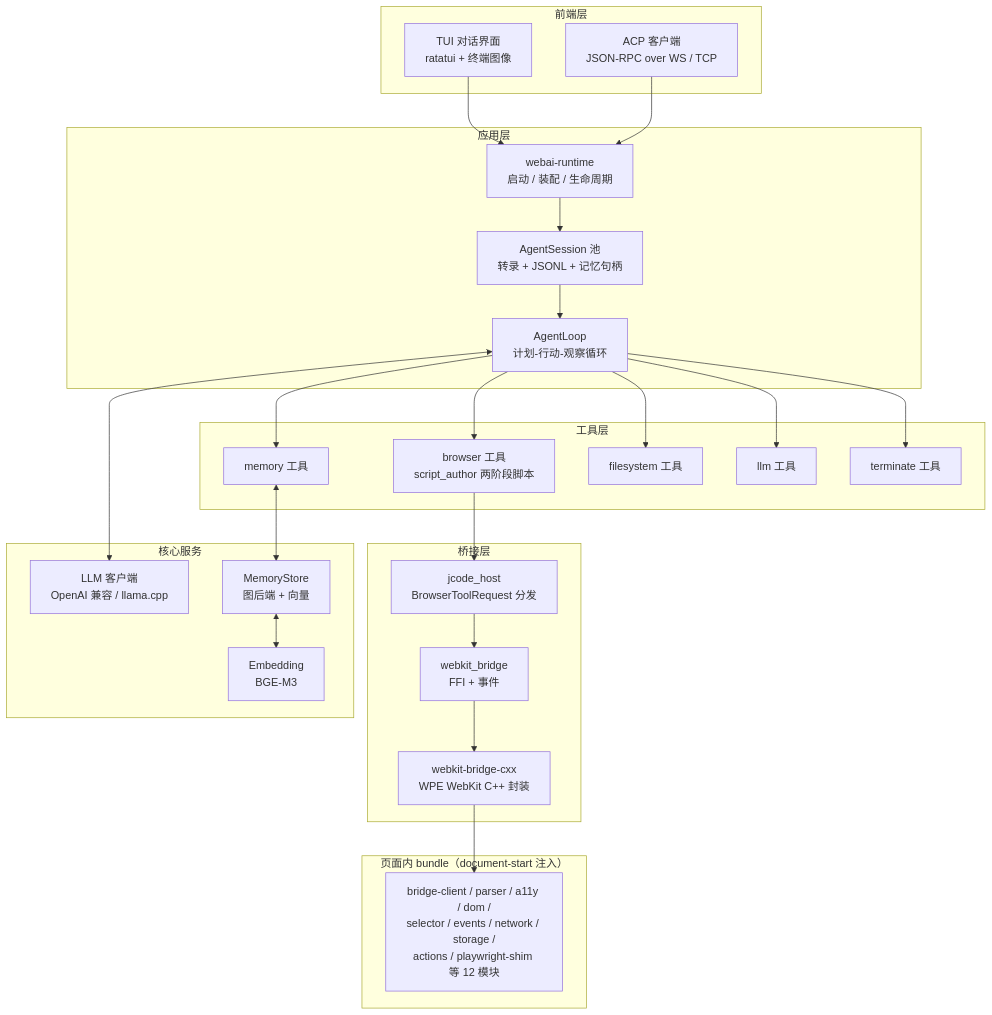
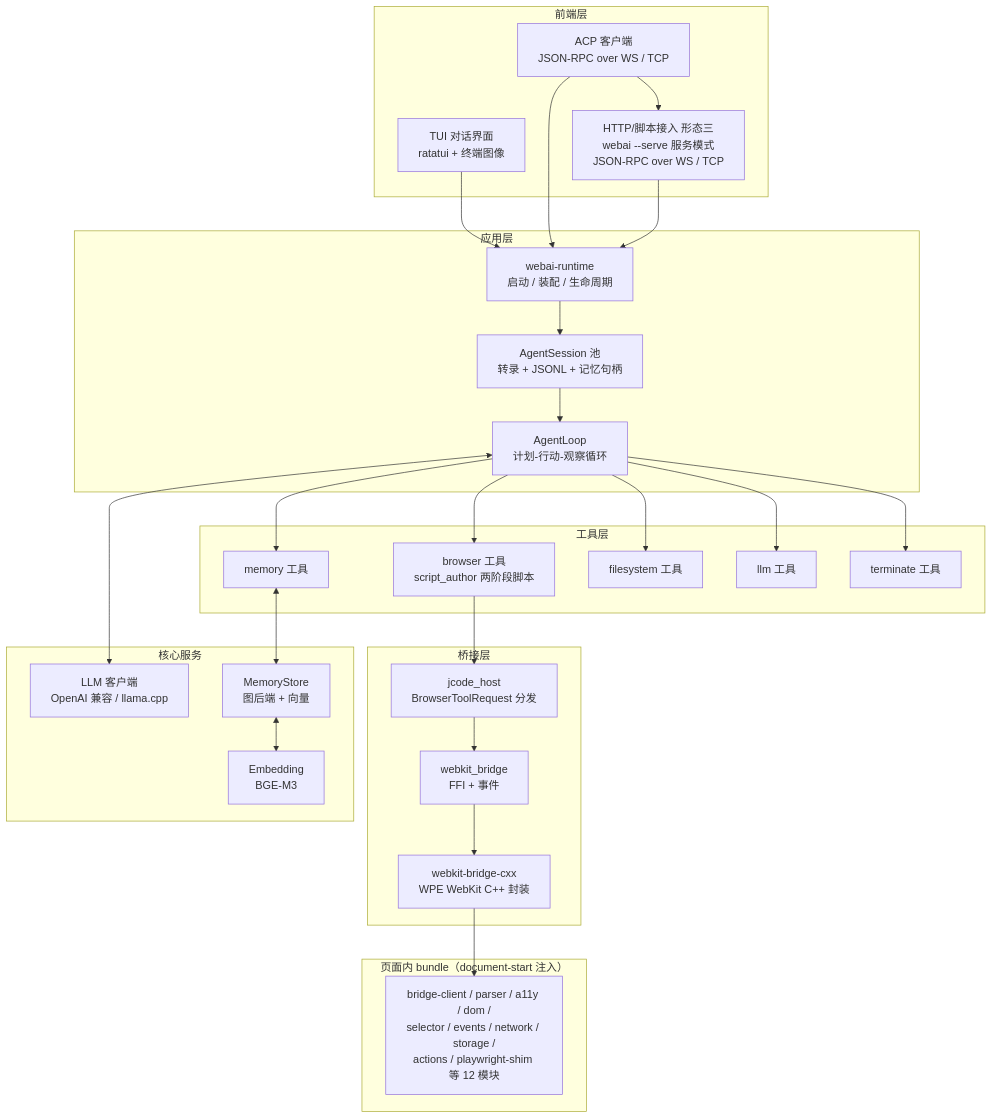
One commit to orlfly/webai changed the first of 2 diagrams in docs/architecture/ARCHITECTURE.md. Above: the diagram before and after it, drawn with Mermaid. The commit also changed other lines of this file, not shown here.

Commit message:
docs: 修订 ARCHITECTURE §1-2 对齐评审 M-1/m-1/m-2（三形态命名统一、13 动词表引用 §4.1、依赖方向消歧）

````diff
--- a/docs/architecture/ARCHITECTURE.md
+++ b/docs/architecture/ARCHITECTURE.md
@@ -60,44 +64,47 @@
 ```mermaid
 flowchart TB
   subgraph FE[前端层]
     TUI[TUI 对话界面<br/>ratatui + 终端图像]
     ACP[ACP 客户端<br/>JSON-RPC over WS / TCP]
+    SVC[HTTP/脚本接入 形态三<br/>webai --serve 服务模式<br/>JSON-RPC over WS / TCP]
   end
+  ACP --> SVC
   subgraph APP[应用层]
     RT[webai-runtime<br/>启动 / 装配 / 生命周期]
     SS[AgentSession 池<br/>转录 + JSONL + 记忆句柄]
     LOOP[AgentLoop<br/>计划-行动-观察循环]
   end
   subgraph TOOLS[工具层]
     BT[browser 工具<br/>script_author 两阶段脚本]
     MT[memory 工具]
     FT[filesystem 工具]
     LBT[llm 工具]
     TT[terminate 工具]
   end
   subgraph BRIDGE[桥接层]
     JH[jcode_host<br/>BrowserToolRequest 分发]
     WB[webkit_bridge<br/>FFI + 事件]
     CX[webkit-bridge-cxx<br/>WPE WebKit C++ 封装]
   end
   subgraph CORE[核心服务]
     LLM[LLM 客户端<br/>OpenAI 兼容 / llama.cpp]
     MEM[MemoryStore<br/>图后端 + 向量]
     EMB[Embedding<br/>BGE-M3]
   end
   subgraph PAGE[页面内 bundle（document-start 注入）]
     BND[bridge-client / parser / a11y / dom /<br/>selector / events / network / storage /<br/>actions / playwright-shim 等 12 模块]
   end
   TUI --> RT
   ACP --> RT
+  SVC --> RT
   RT --> SS
   SS --> LOOP
   LOOP --> BT & MT & FT & LBT & TT
   BT --> JH
   JH --> WB
   WB --> CX
   CX --> BND
   LOOP <--> LLM
   MT <--> MEM
   MEM <--> EMB
 ```
````
